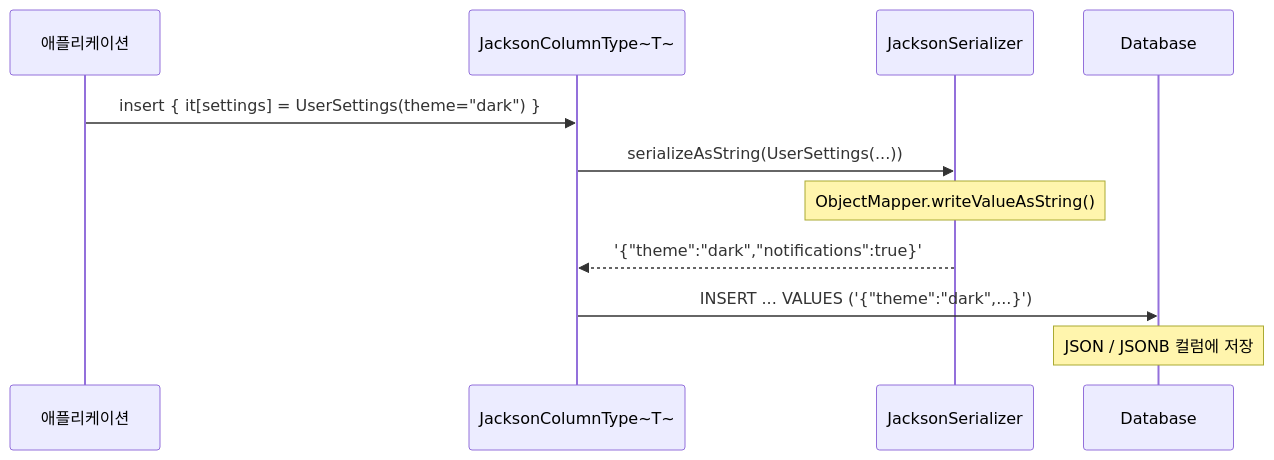
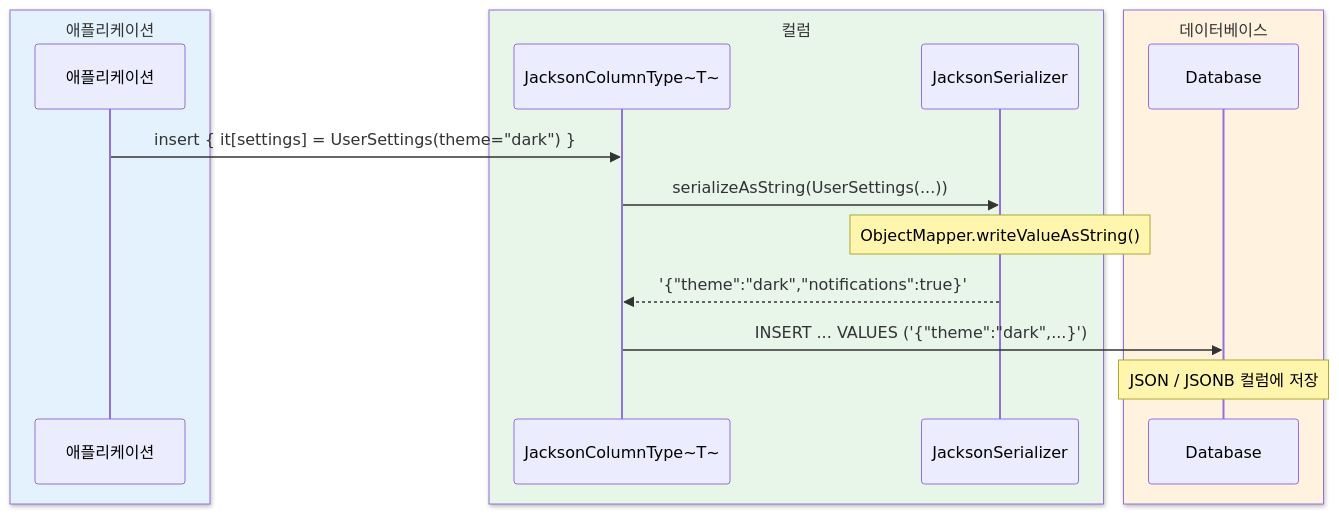
One commit to bluetape4k/bluetape4k-projects changed the third of 4 diagrams in data/exposed-jackson2/README.ko.md. Above: the diagram before and after it, drawn with Mermaid. The commit also changed other lines of this file and 221 other files, not shown here.

First line of the commit message:
docs: 전체 모듈 README UML 다이어그램 보강 및 색상 업그레이드

````diff
--- a/data/exposed-jackson2/README.ko.md
+++ b/data/exposed-jackson2/README.ko.md
@@ -181,14 +190,20 @@
 ```mermaid
 sequenceDiagram
-    participant App as 애플리케이션
-    participant Col as JacksonColumnType~T~
-    participant Ser as JacksonSerializer
-    participant DB as Database
+    box rgb(227, 242, 253) 애플리케이션
+        participant App as 애플리케이션
+    end
+    box rgb(232, 245, 233) 컬럼
+        participant Col as JacksonColumnType~T~
+        participant Ser as JacksonSerializer
+    end
+    box rgb(255, 243, 224) 데이터베이스
+        participant DB as Database
+    end
 
     App->>Col: insert { it[settings] = UserSettings(theme="dark") }
     Col->>Ser: serializeAsString(UserSettings(...))
     Note over Ser: ObjectMapper.writeValueAsString()
     Ser-->>Col: '{"theme":"dark","notifications":true}'
     Col->>DB: INSERT ... VALUES ('{"theme":"dark",...}')
     Note over DB: JSON / JSONB 컬럼에 저장
 ```
````
